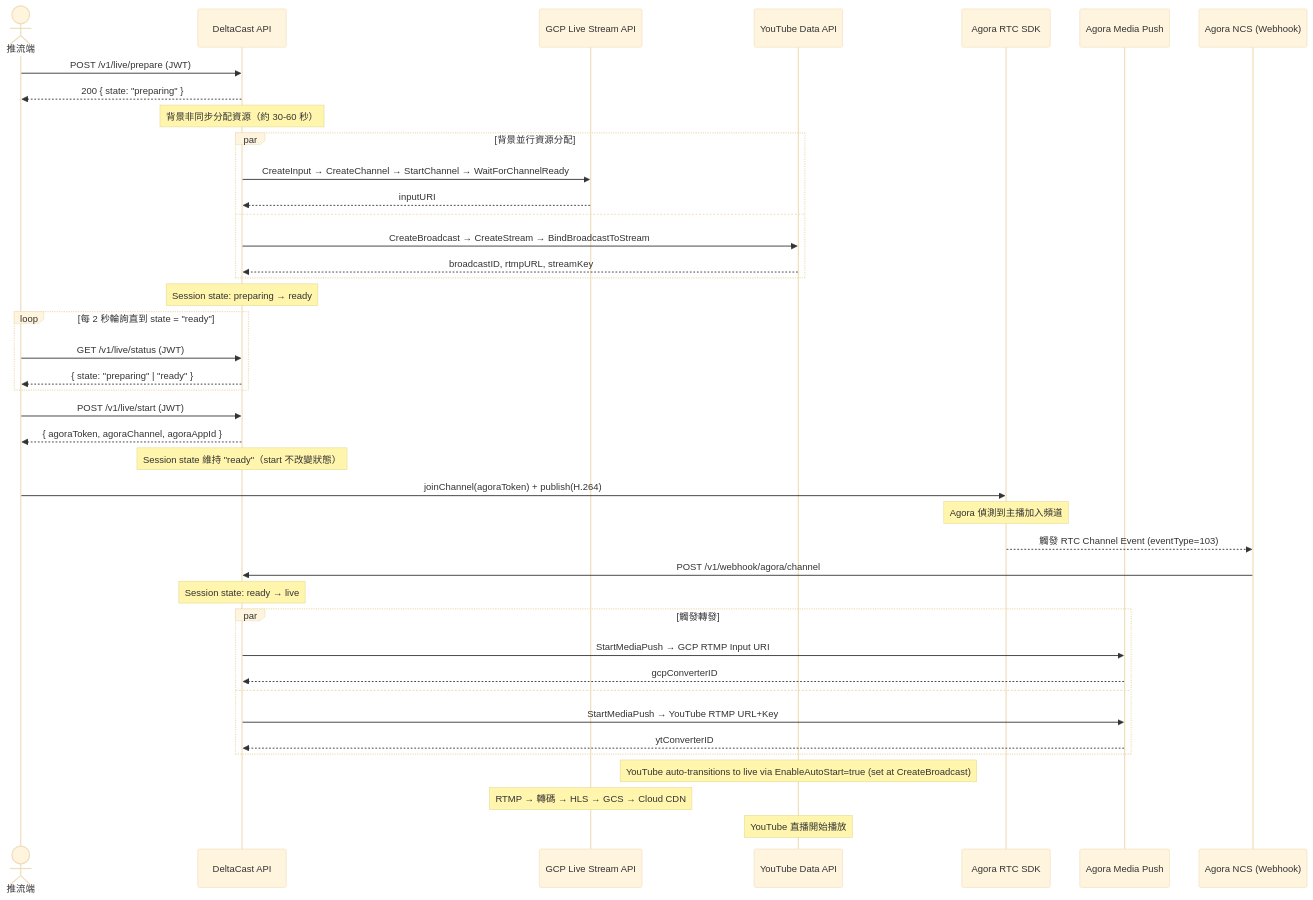
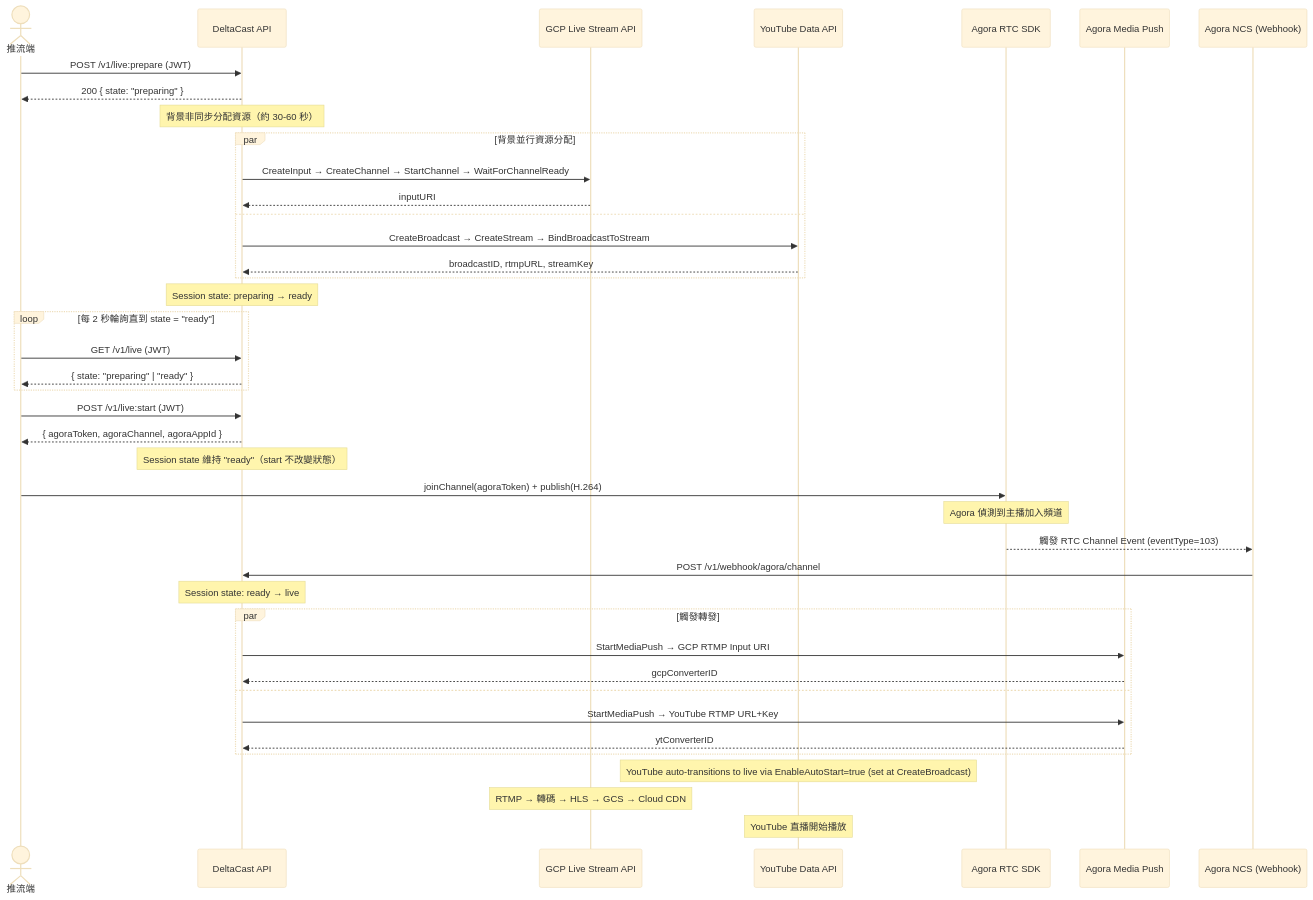
The second of 5 diagrams in doc/spec.md (maxence2997/delta-cast), drawn with Mermaid (base theme) before and after one commit. The commit also changed other lines of this file and 10 other files, not shown here.

First line of the commit message:
refactor: 將 Live API 路徑改為 RESTful 冒號動詞慣例

````diff
--- a/doc/spec.md
+++ b/doc/spec.md
@@ -110,52 +112,52 @@
 ```mermaid
 sequenceDiagram
     actor Streamer as 推流端
     participant API as DeltaCast API
     participant GCP as GCP Live Stream API
     participant YT as YouTube Data API
     participant AgoraRTC as Agora RTC SDK
     participant AgoraMP as Agora Media Push
     participant NCS as Agora NCS (Webhook)
 
-    Streamer->>API: POST /v1/live/prepare (JWT)
+    Streamer->>API: POST /v1/live:prepare (JWT)
     API-->>Streamer: 200 { state: "preparing" }
     Note over API: 背景非同步分配資源（約 30-60 秒）
 
     par 背景並行資源分配
         API->>GCP: CreateInput → CreateChannel → StartChannel → WaitForChannelReady
         GCP-->>API: inputURI
     and
         API->>YT: CreateBroadcast → CreateStream → BindBroadcastToStream
         YT-->>API: broadcastID, rtmpURL, streamKey
     end
 
     Note over API: Session state: preparing → ready
 
     loop 每 2 秒輪詢直到 state = "ready"
-        Streamer->>API: GET /v1/live/status (JWT)
+        Streamer->>API: GET /v1/live (JWT)
         API-->>Streamer: { state: "preparing" | "ready" }
     end
 
-    Streamer->>API: POST /v1/live/start (JWT)
+    Streamer->>API: POST /v1/live:start (JWT)
     API-->>Streamer: { agoraToken, agoraChannel, agoraAppId }
     Note over API: Session state 維持 "ready"（start 不改變狀態）
 
     Streamer->>AgoraRTC: joinChannel(agoraToken) + publish(H.264)
     Note over AgoraRTC: Agora 偵測到主播加入頻道
 
     AgoraRTC-->>NCS: 觸發 RTC Channel Event (eventType=103)
     NCS->>API: POST /v1/webhook/agora/channel
     Note over API: Session state: ready → live
 
     par 觸發轉發
         API->>AgoraMP: StartMediaPush → GCP RTMP Input URI
         AgoraMP-->>API: gcpConverterID
     and
         API->>AgoraMP: StartMediaPush → YouTube RTMP URL+Key
         AgoraMP-->>API: ytConverterID
     end
     Note over YT: YouTube auto-transitions to live via EnableAutoStart=true (set at CreateBroadcast)
 
     Note over GCP: RTMP → 轉碼 → HLS → GCS → Cloud CDN
     Note over YT: YouTube 直播開始播放
 ```
````
